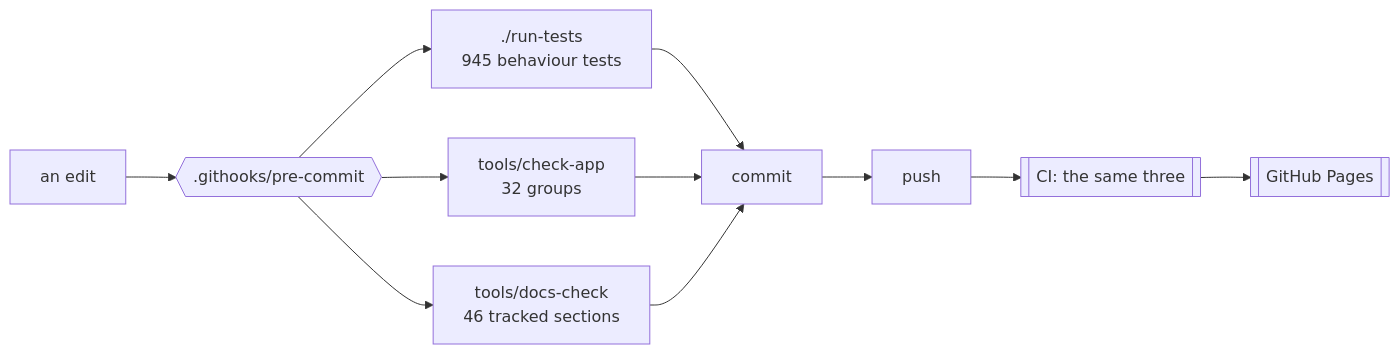
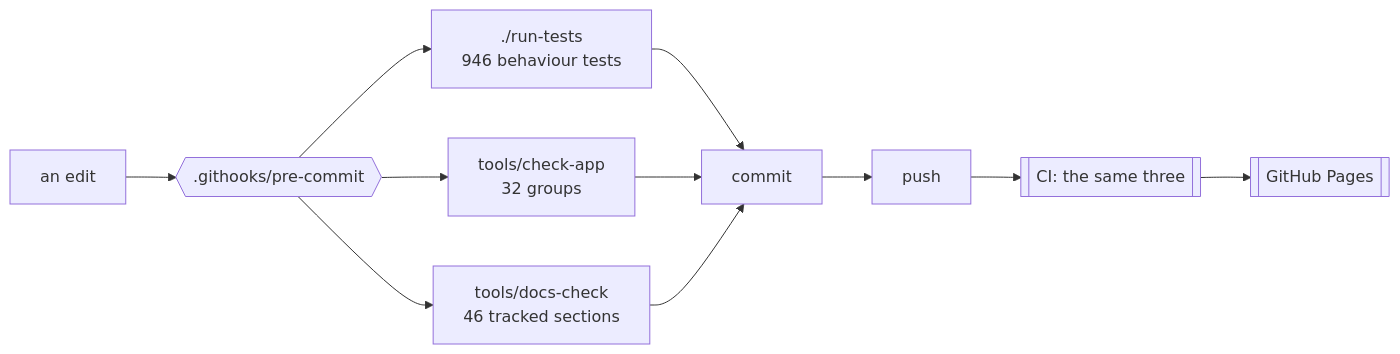
Before and after one commit to minormending/crystal-pilot-mobile: the first of 3 diagrams in docs/DEVELOPING.md, drawn with Mermaid. The commit also changed other lines of this file and 15 other files, not shown here.

````diff
--- a/docs/DEVELOPING.md
+++ b/docs/DEVELOPING.md
@@ -15,12 +15,12 @@
 ```mermaid
 flowchart LR
     E[an edit] --> H{{".githooks/pre-commit"}}
-    H --> T["./run-tests<br/>945 behaviour tests"]
+    H --> T["./run-tests<br/>946 behaviour tests"]
     H --> C["tools/check-app<br/>32 groups"]
     H --> D["tools/docs-check<br/>46 tracked sections"]
     T --> OK[commit]
     C --> OK
     D --> OK
     OK --> P[push] --> CI[["CI: the same three"]]
     CI --> PG[[GitHub Pages]]
 ```
````
